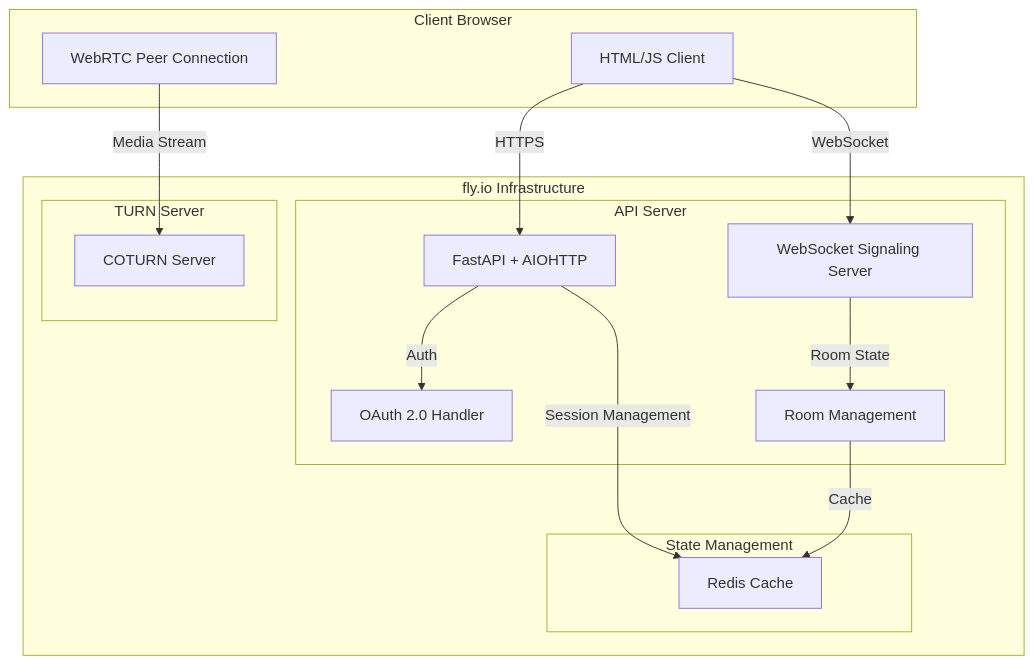
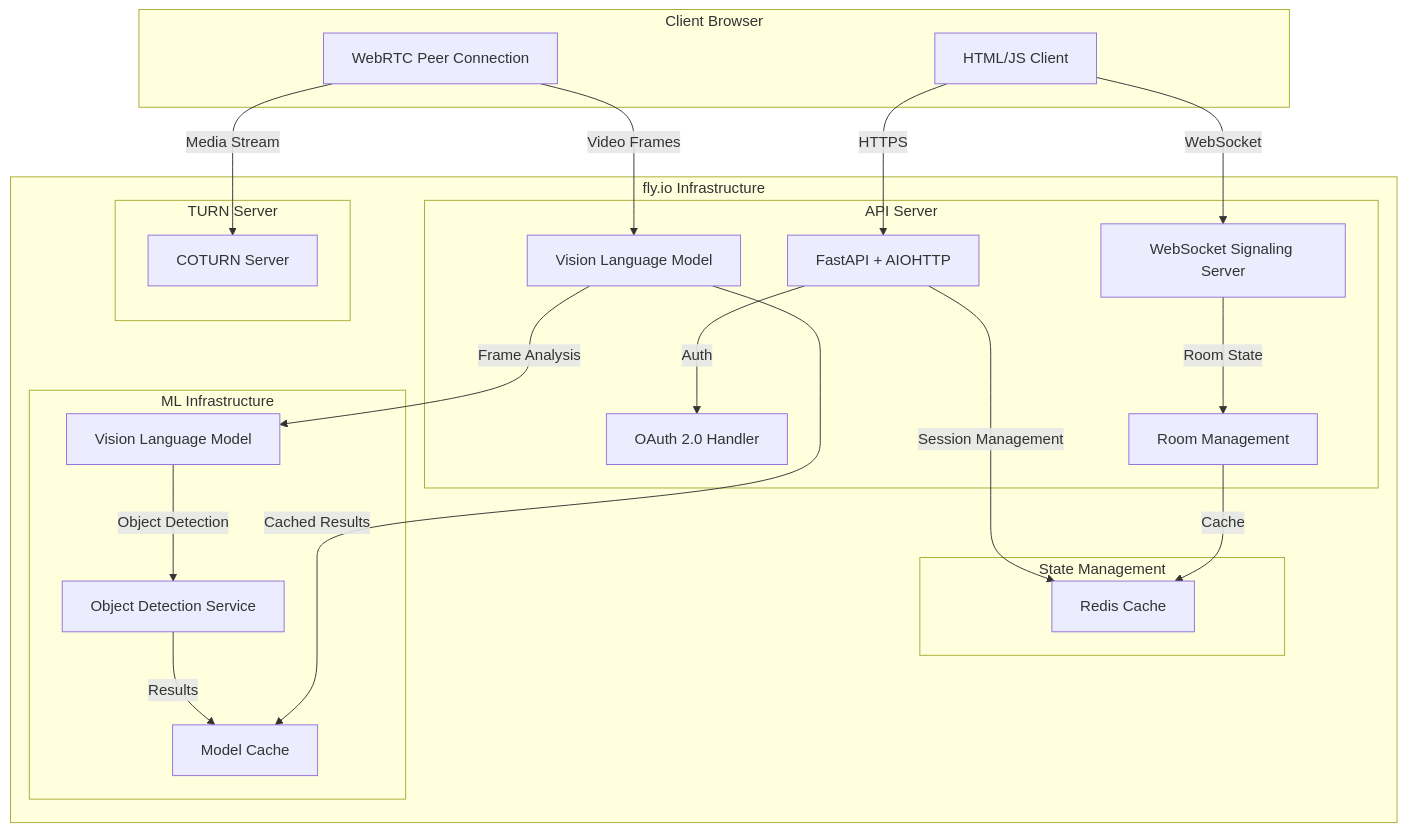
One commit to xnorkl/Rhystic-POC changed the diagram in README.md. Above: the diagram before and after it, drawn with Mermaid.

Commit message:
Updated README.md to include VLM component.

````diff
--- a/README.md
+++ b/README.md
@@ -461,32 +461,44 @@
 ```mermaid
 flowchart TD
     subgraph Client Browser
         UI[HTML/JS Client]
         WebRTC[WebRTC Peer Connection]
     end
 
     subgraph "fly.io Infrastructure"
         subgraph "API Server"
             FastAPI[FastAPI + AIOHTTP]
             SignalingServer[WebSocket Signaling Server]
             OAuth[OAuth 2.0 Handler]
             RoomManager[Room Management]
+            VLMProcessor[Vision Language Model]
         end
 
         subgraph "TURN Server"
             COTURN[COTURN Server]
         end
 
         subgraph "State Management"
             Redis[Redis Cache]
+        end
+
+        subgraph "ML Infrastructure"
+            VLM[Vision Language Model]
+            ObjectDetection[Object Detection Service]
+            ModelCache[Model Cache]
         end
     end
 
     UI -->|HTTPS| FastAPI
     UI -->|WebSocket| SignalingServer
     WebRTC -->|Media Stream| COTURN
     FastAPI -->|Session Management| Redis
     FastAPI -->|Auth| OAuth
     SignalingServer -->|Room State| RoomManager
     RoomManager -->|Cache| Redis
+    WebRTC -->|Video Frames| VLMProcessor
+    VLMProcessor -->|Frame Analysis| VLM
+    VLM -->|Object Detection| ObjectDetection
+    ObjectDetection -->|Results| ModelCache
+    VLMProcessor -->|Cached Results| ModelCache
 ```
````
